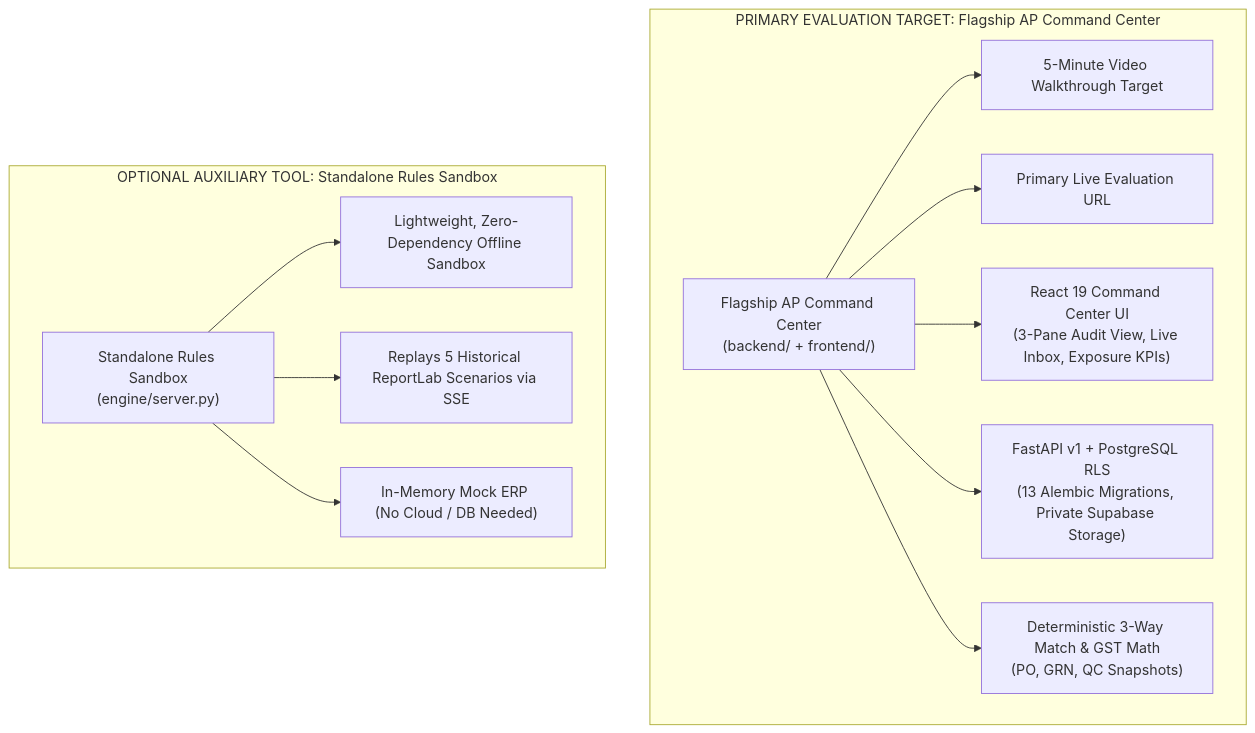
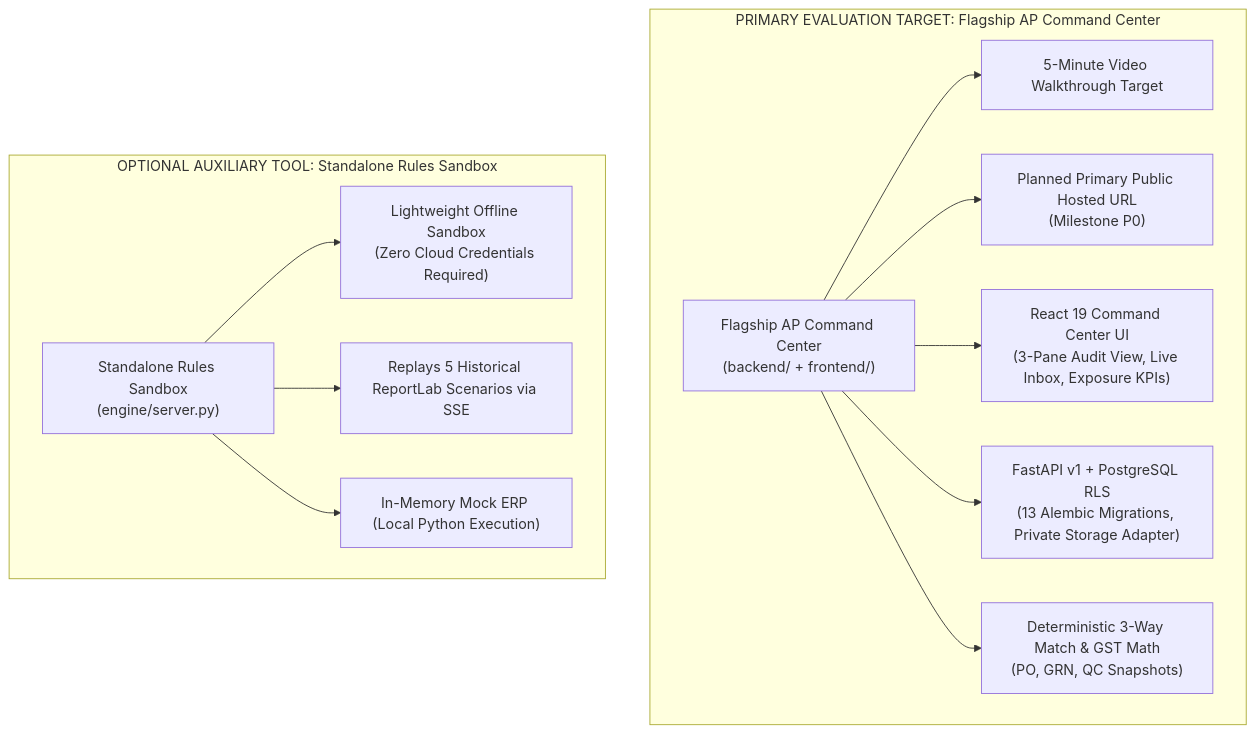
Before and after one commit to neerajs22is-ux/Zamp-Case-Study-PS-1: the diagram in docs/CASE_STUDY_PRODUCT_STRATEGY.md, drawn with Mermaid. The commit also changed other lines of this file and 3 other files, not shown here.

````diff
--- a/docs/CASE_STUDY_PRODUCT_STRATEGY.md
+++ b/docs/CASE_STUDY_PRODUCT_STRATEGY.md
@@ -16,18 +16,18 @@
 ```mermaid
 flowchart TD
     subgraph Primary ["PRIMARY EVALUATION TARGET: Flagship AP Command Center"]
         A["Flagship AP Command Center<br/>(backend/ + frontend/)"]
         A --> B["5-Minute Video Walkthrough Target"]
-        A --> C["Primary Live Evaluation URL"]
+        A --> C["Planned Primary Public Hosted URL<br/>(Milestone P0)"]
         A --> D["React 19 Command Center UI<br/>(3-Pane Audit View, Live Inbox, Exposure KPIs)"]
-        A --> E["FastAPI v1 + PostgreSQL RLS<br/>(13 Alembic Migrations, Private Supabase Storage)"]
+        A --> E["FastAPI v1 + PostgreSQL RLS<br/>(13 Alembic Migrations, Private Storage Adapter)"]
         A --> F["Deterministic 3-Way Match & GST Math<br/>(PO, GRN, QC Snapshots)"]
     end
 
     subgraph Secondary ["OPTIONAL AUXILIARY TOOL: Standalone Rules Sandbox"]
         S["Standalone Rules Sandbox<br/>(engine/server.py)"]
-        S --> S1["Lightweight, Zero-Dependency Offline Sandbox"]
+        S --> S1["Lightweight Offline Sandbox<br/>(Zero Cloud Credentials Required)"]
         S --> S2["Replays 5 Historical ReportLab Scenarios via SSE"]
-        S --> S3["In-Memory Mock ERP (No Cloud / DB Needed)"]
+        S --> S3["In-Memory Mock ERP (Local Python Execution)"]
     end
 ```
````
